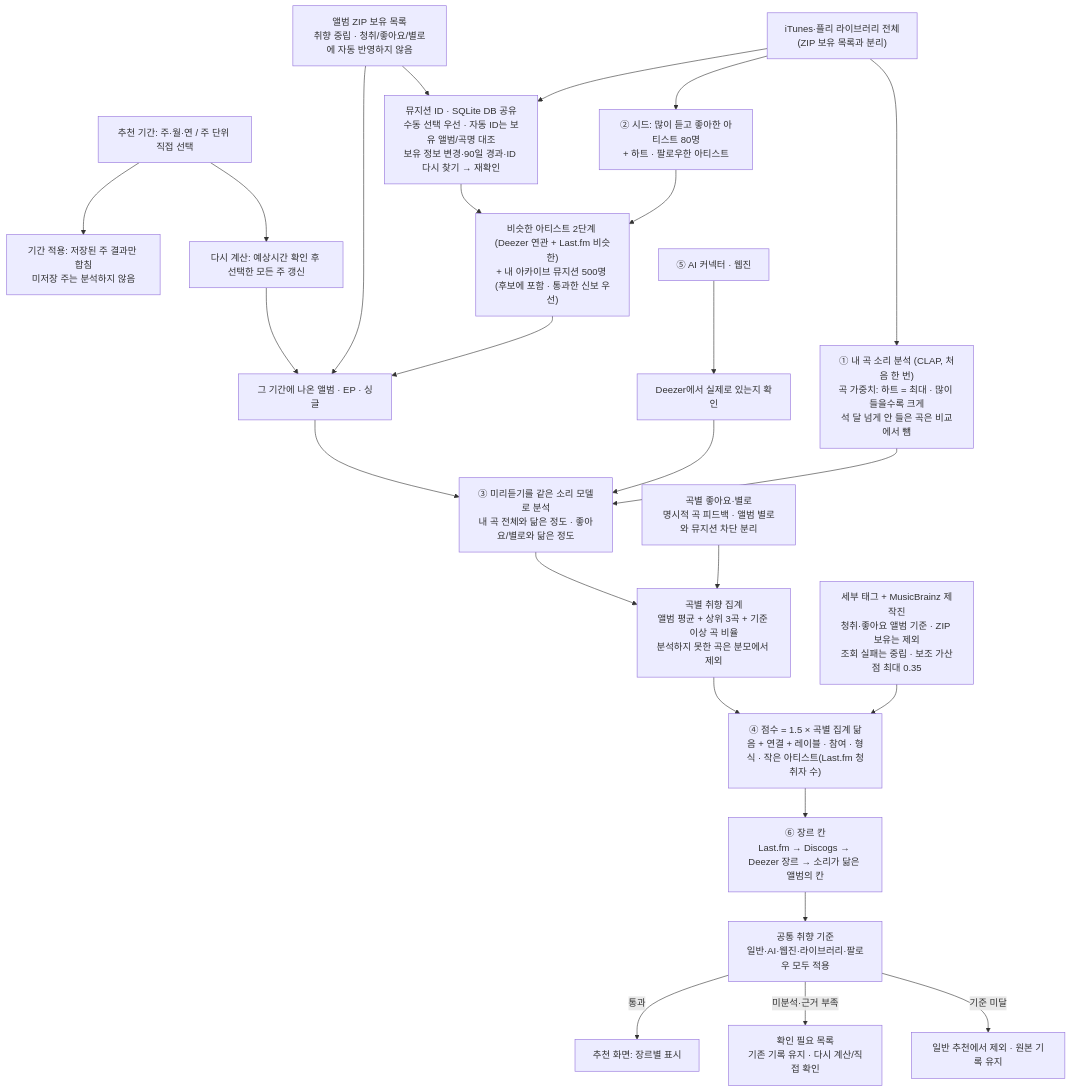
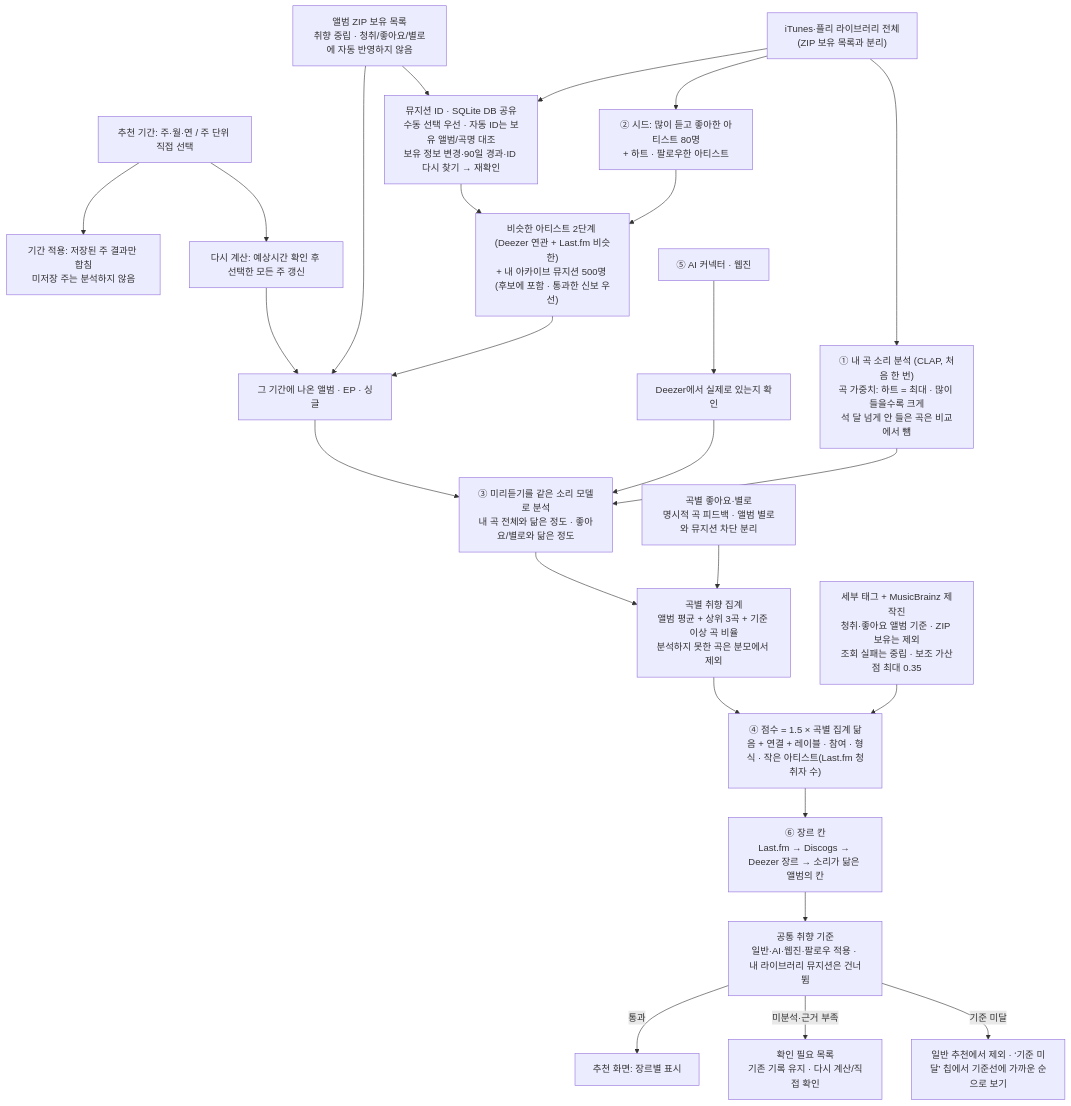
One commit to plastiqvox/RecipeSong changed the diagram in docs/recommendation.md. Above: the diagram before and after it, drawn with Mermaid. The commit also changed other lines of this file and 6 other files, not shown here.

````diff
--- a/docs/recommendation.md
+++ b/docs/recommendation.md
@@ -11,29 +11,29 @@
 ```mermaid
 flowchart TD
     period["추천 기간: 주·월·연 / 주 단위 직접 선택"] --> apply["기간 적용: 저장된 주 결과만 합침<br/>미저장 주는 분석하지 않음"]
     period --> recalc["다시 계산: 예상시간 확인 후 선택한 모든 주 갱신"]
     recalc --> rel
     lib["iTunes·플리 라이브러리 전체<br/>(ZIP 보유 목록과 분리)"]
     zip["앨범 ZIP 보유 목록<br/>취향 중립 · 청취/좋아요/별로에 자동 반영하지 않음"]
     zip --> ids
     zip --> rel
     lib --> emb["① 내 곡 소리 분석 (CLAP, 처음 한 번)<br/>곡 가중치: 하트 = 최대 · 많이 들을수록 크게<br/>석 달 넘게 안 들은 곡은 비교에서 뺌"]
     lib --> seed["② 시드: 많이 듣고 좋아한 아티스트 80명<br/>+ 하트 · 팔로우한 아티스트"]
     lib --> ids["뮤지션 ID · SQLite DB 공유<br/>수동 선택 우선 · 자동 ID는 보유 앨범/곡명 대조<br/>보유 정보 변경·90일 경과·ID 다시 찾기 → 재확인"]
     ids --> pool
     seed --> pool["비슷한 아티스트 2단계 (Deezer 연관 + Last.fm 비슷한)<br/>+ 내 아카이브 뮤지션 500명 (후보에 포함 · 통과한 신보 우선)"]
     pool --> rel["그 기간에 나온 앨범 · EP · 싱글"]
     ext["⑤ AI 커넥터 · 웹진"] --> dz["Deezer에서 실제로 있는지 확인"]
     rel --> listen["③ 미리듣기를 같은 소리 모델로 분석<br/>내 곡 전체와 닮은 정도 · 좋아요/별로와 닮은 정도"]
     dz --> listen
     emb --> listen
     listen --> tracks["곡별 취향 집계<br/>앨범 평균 + 상위 3곡 + 기준 이상 곡 비율<br/>분석하지 못한 곡은 분모에서 제외"]
     tracks --> score["④ 점수 = 1.5 × 곡별 집계 닮음 + 연결 + 레이블 · 참여 · 형식 · 작은 아티스트(Last.fm 청취자 수)"]
     metadata["세부 태그 + MusicBrainz 제작진<br/>청취·좋아요 앨범 기준 · ZIP 보유는 제외<br/>조회 실패는 중립 · 보조 가산점 최대 0.35"] --> score
     score --> group["⑥ 장르 칸<br/>Last.fm → Discogs → Deezer 장르 → 소리가 닮은 앨범의 칸"]
     feedback["곡별 좋아요·별로<br/>명시적 곡 피드백 · 앨범 별로와 뮤지션 차단 분리"] --> tracks
-    group --> gate["공통 취향 기준<br/>일반·AI·웹진·라이브러리·팔로우 모두 적용"]
+    group --> gate["공통 취향 기준<br/>일반·AI·웹진·팔로우 적용 · 내 라이브러리 뮤지션은 건너뜀"]
     gate -->|통과|show["추천 화면: 장르별 표시"]
     gate -->|미분석·근거 부족|review["확인 필요 목록<br/>기존 기록 유지 · 다시 계산/직접 확인"]
-    gate -->|기준 미달|hidden["일반 추천에서 제외 · 원본 기록 유지"]
+    gate -->|기준 미달|hidden["일반 추천에서 제외 · ‘기준 미달’ 칩에서 기준선에 가까운 순으로 보기"]
 ```
````
